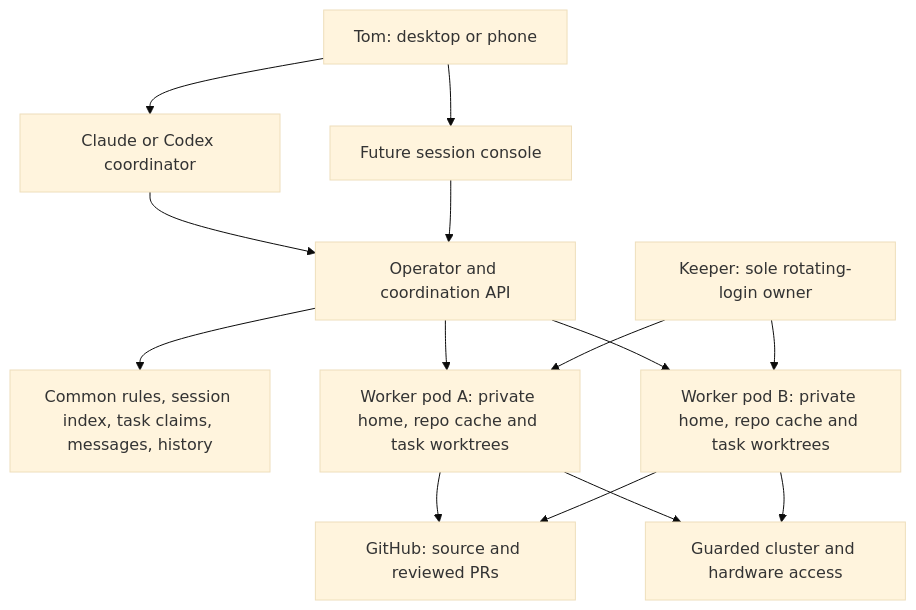
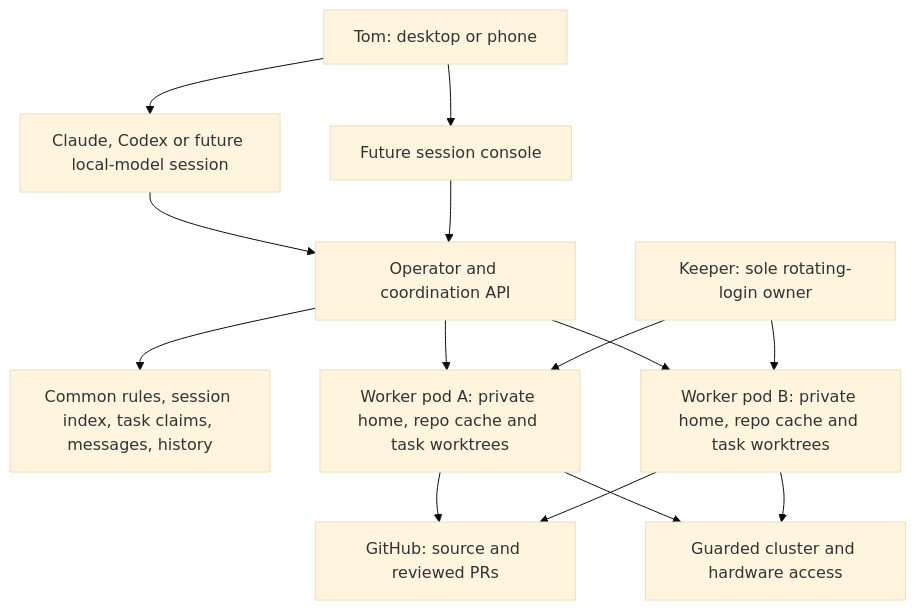
The first of 3 diagrams in docs/workflow-guide.md (thaynes43/dev-env), drawn with Mermaid (base theme) before and after one commit. The commit also changed other lines of this file and 16 other files, not shown here.

````diff
--- a/docs/workflow-guide.md
+++ b/docs/workflow-guide.md
@@ -40,16 +41,16 @@
 ```mermaid
 flowchart TB
-    Owner["Tom: desktop or phone"] --> Agent["Claude or Codex coordinator"]
+    Owner["Tom: desktop or phone"] --> Agent["Claude, Codex or future local-model session"]
     Owner --> UI["Future session console"]
     Agent --> API["Operator and coordination API"]
     UI --> API
     API --> Context["Common rules, session index, task claims, messages, history"]
     API --> A["Worker pod A: private home, repo cache and task worktrees"]
     API --> B["Worker pod B: private home, repo cache and task worktrees"]
     A --> Git["GitHub: source and reviewed PRs"]
     B --> Git
     A --> Access["Guarded cluster and hardware access"]
     B --> Access
     Keeper["Keeper: sole rotating-login owner"] --> A
     Keeper --> B
 ```
````
